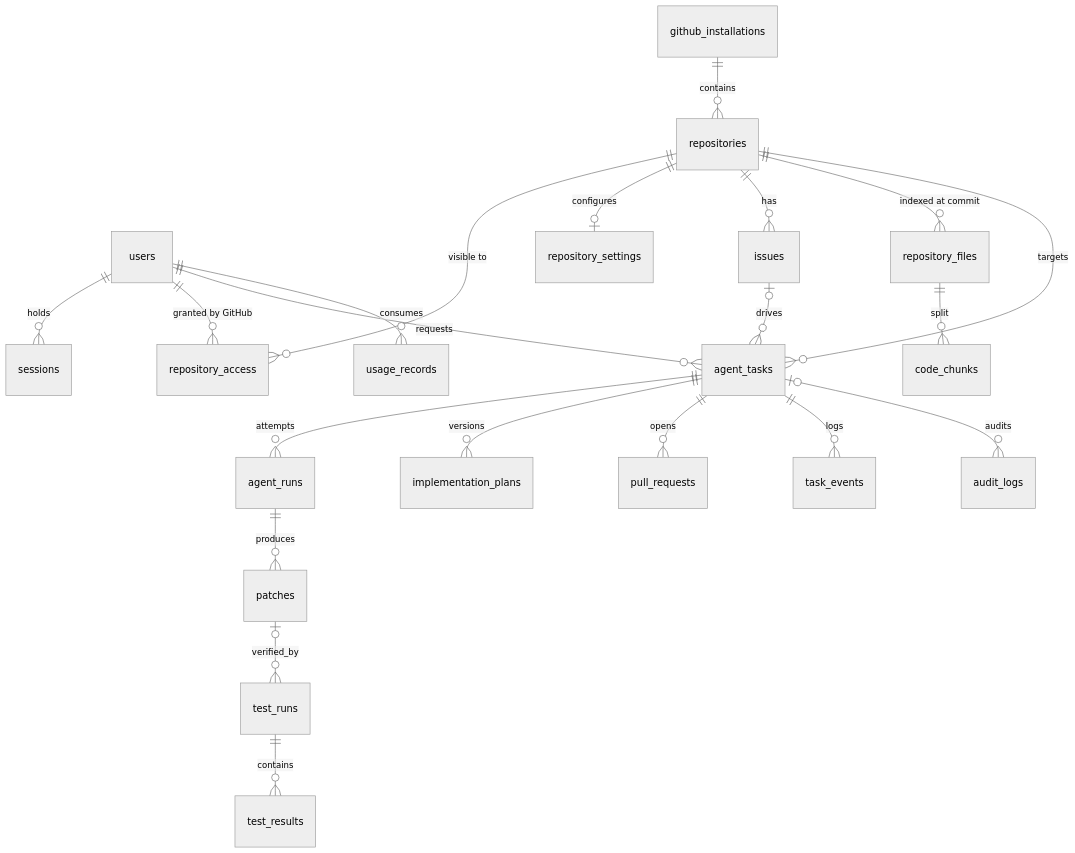
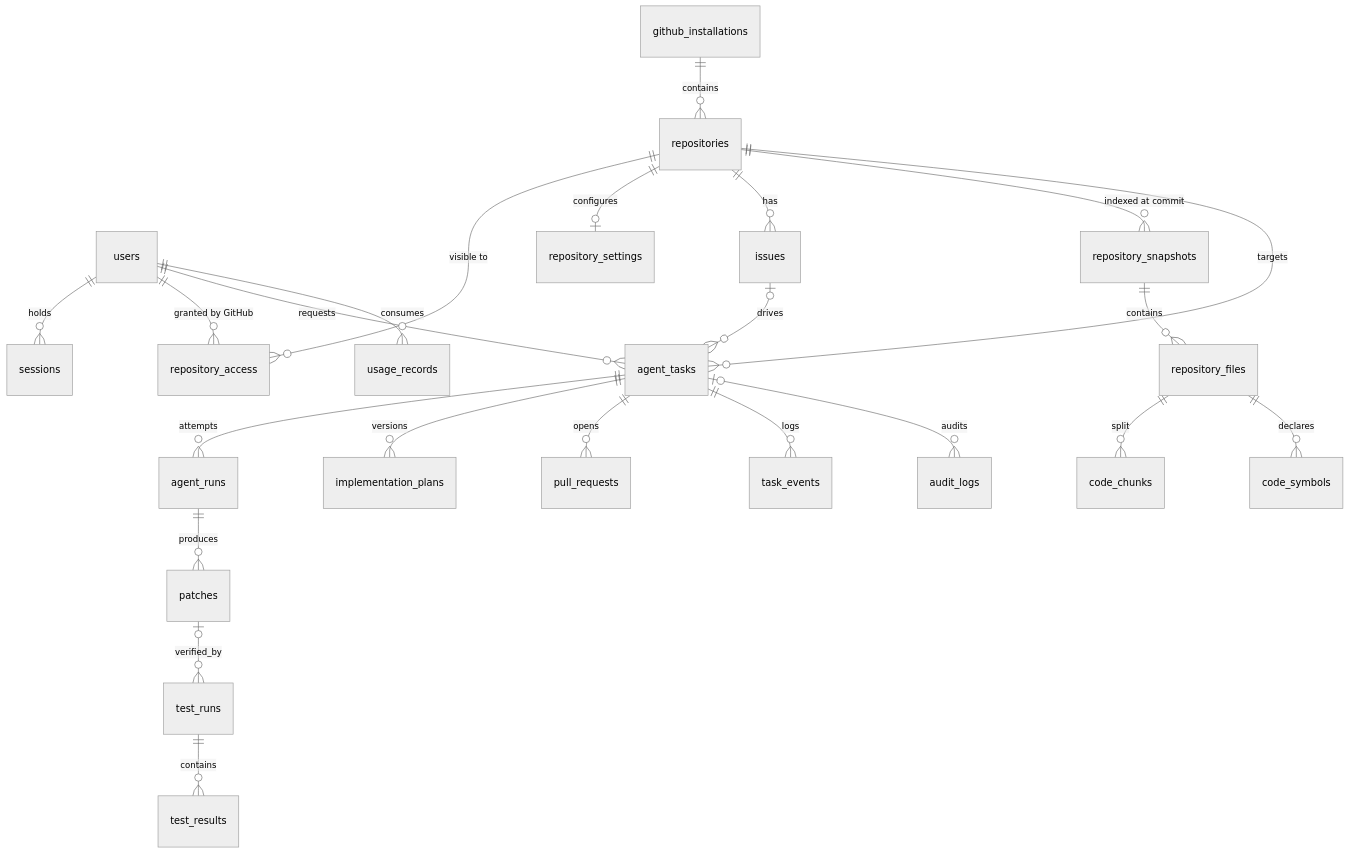
Before and after one commit to Abinet16/CodePilot-AI: the diagram in docs/architecture/data-model.md, drawn with Mermaid (neutral theme). The commit also changed other lines of this file and 1 other file, not shown here.

Commit message:
docs(architecture): describe the analysis pipeline and new tables

````diff
--- a/docs/architecture/data-model.md
+++ b/docs/architecture/data-model.md
@@ -5,23 +5,25 @@
 ```mermaid
 erDiagram
   users ||--o{ sessions : holds
   github_installations ||--o{ repositories : contains
   users ||--o{ repository_access : "granted by GitHub"
   repositories ||--o{ repository_access : "visible to"
   repositories ||--o| repository_settings : configures
   repositories ||--o{ issues : has
-  repositories ||--o{ repository_files : "indexed at commit"
+  repositories ||--o{ repository_snapshots : "indexed at commit"
+  repository_snapshots ||--o{ repository_files : contains
   repository_files ||--o{ code_chunks : split
+  repository_files ||--o{ code_symbols : declares
   repositories ||--o{ agent_tasks : targets
   users ||--o{ agent_tasks : requests
   issues |o--o{ agent_tasks : drives
   agent_tasks ||--o{ agent_runs : attempts
   agent_tasks ||--o{ implementation_plans : versions
   agent_runs ||--o{ patches : produces
   patches |o--o{ test_runs : verified_by
   test_runs ||--o{ test_results : contains
   agent_tasks ||--o{ pull_requests : opens
   agent_tasks ||--o{ task_events : logs
   agent_tasks |o--o{ audit_logs : audits
   users ||--o{ usage_records : consumes
 ```
````
